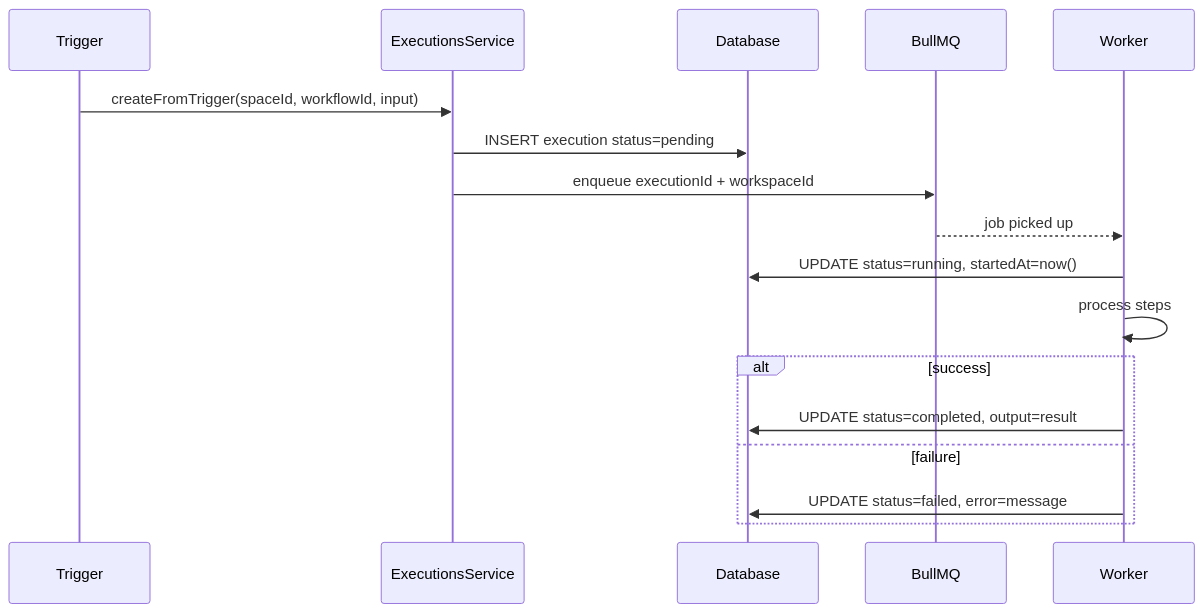
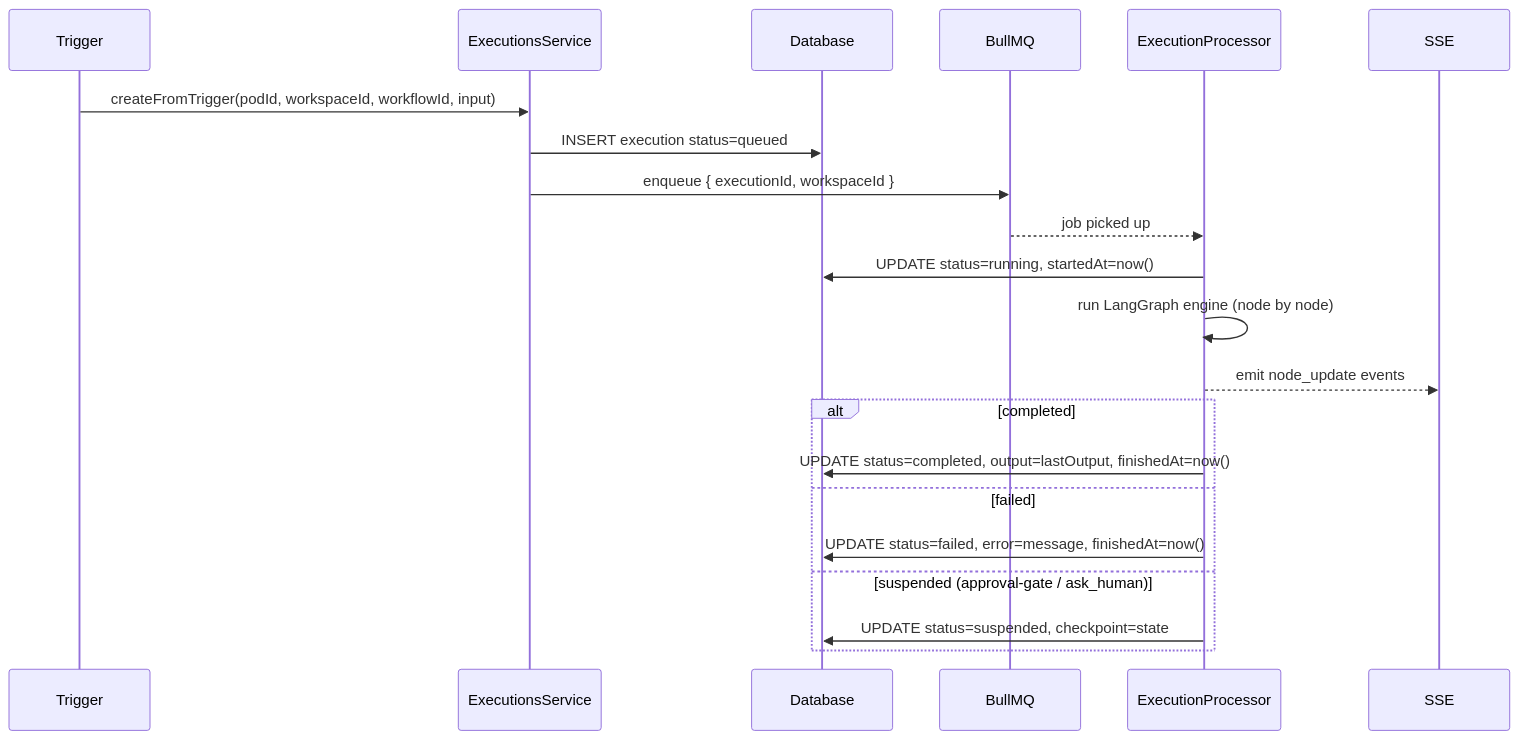
The diagram in apps/docs/content/docs/modules/executions.mdx (linea-org/linea-mvp), drawn with Mermaid before and after one commit. The commit also changed other lines of this file and 219 other files, not shown here.

````diff
--- a/apps/docs/content/docs/modules/executions.mdx
+++ b/apps/docs/content/docs/modules/executions.mdx
@@ -33,20 +50,23 @@
 ```mermaid
 sequenceDiagram
   participant T as Trigger
   participant S as ExecutionsService
   participant DB as Database
   participant Q as BullMQ
-  participant W as Worker
+  participant W as ExecutionProcessor
 
-  T->>S: createFromTrigger(spaceId, workflowId, input)
-  S->>DB: INSERT execution status=pending
-  S->>Q: enqueue executionId + workspaceId
+  T->>S: createFromTrigger(podId, workspaceId, workflowId, input)
+  S->>DB: INSERT execution status=queued
+  S->>Q: enqueue { executionId, workspaceId }
   Q-->>W: job picked up
   W->>DB: UPDATE status=running, startedAt=now()
-  W->>W: process steps
-  alt success
-    W->>DB: UPDATE status=completed, output=result
-  else failure
-    W->>DB: UPDATE status=failed, error=message
+  W->>W: run LangGraph engine (node by node)
+  W-->>SSE: emit node_update events
+  alt completed
+    W->>DB: UPDATE status=completed, output=lastOutput, finishedAt=now()
+  else failed
+    W->>DB: UPDATE status=failed, error=message, finishedAt=now()
+  else suspended (approval-gate / ask_human)
+    W->>DB: UPDATE status=suspended, checkpoint=state
   end
 ```
````
